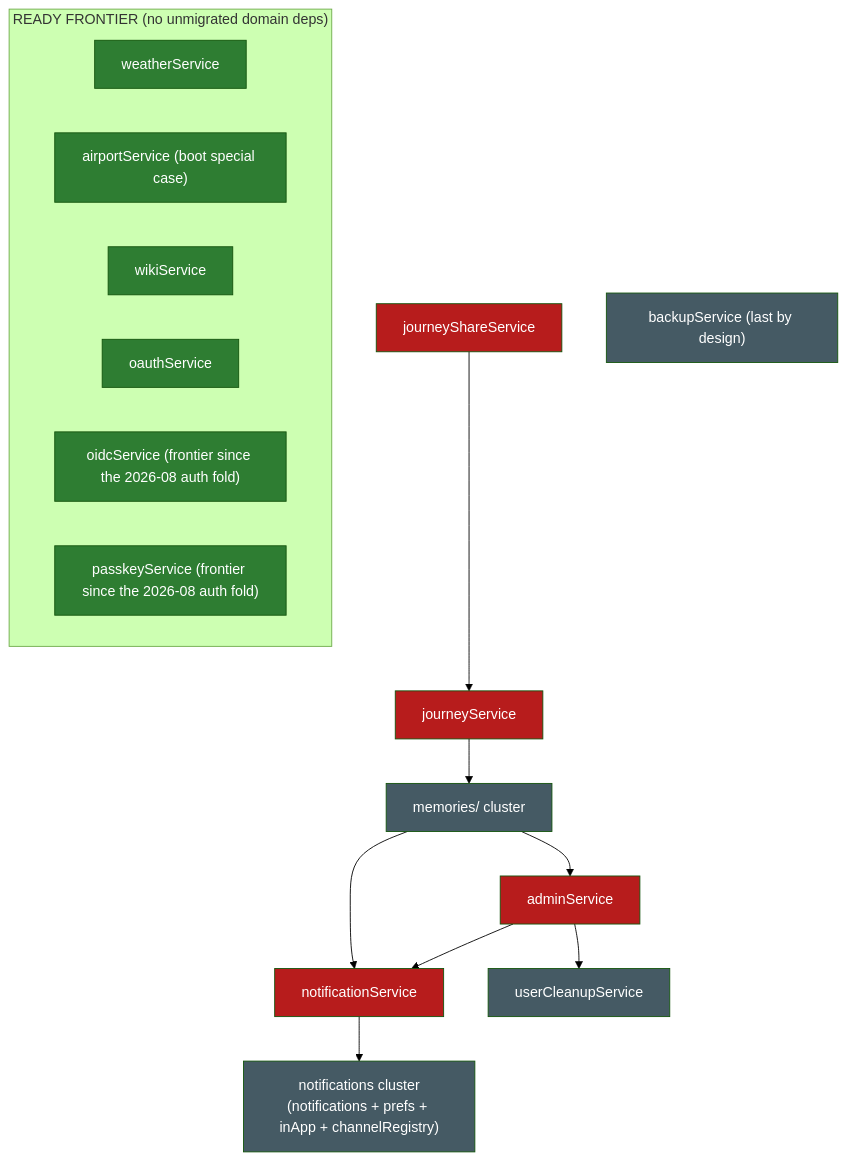
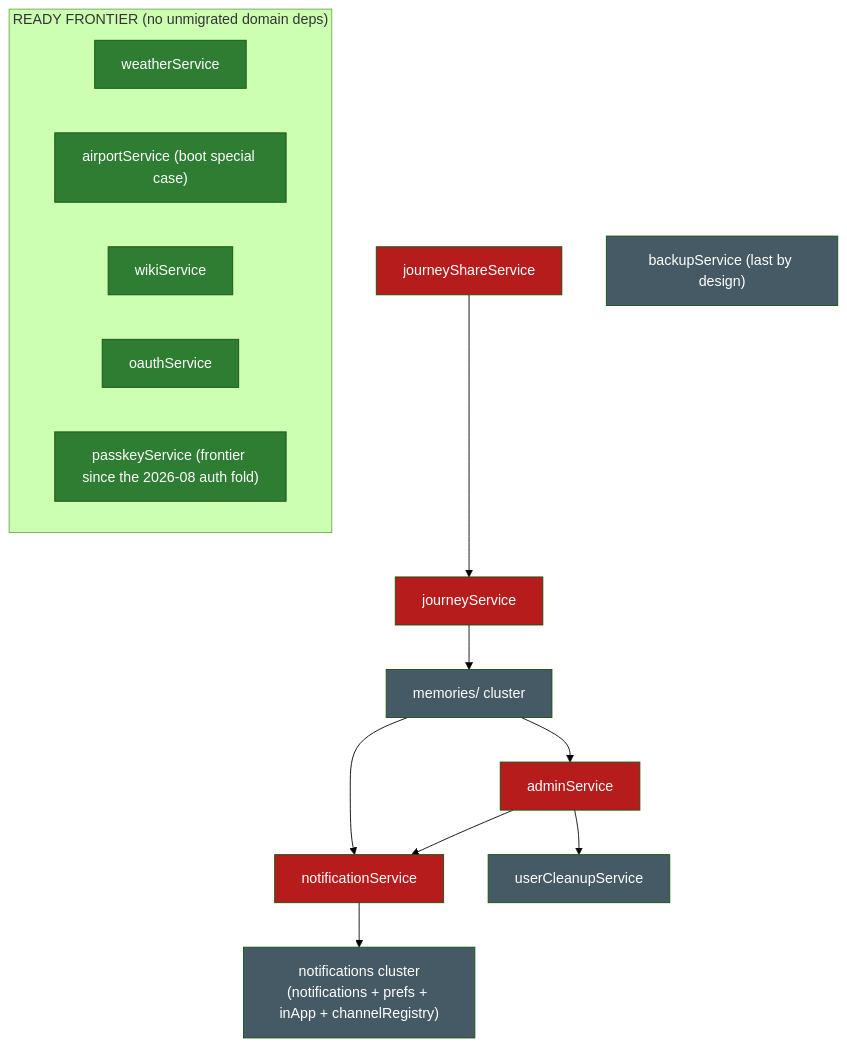
One commit to BeInLife/TREK changed the diagram in migration-graph.md. Above: the diagram before and after it, drawn with Mermaid (forest theme). The commit also changed other lines of this file, not shown here.

Commit message:
docs: regenerate migration-graph after the oidc fold

````diff
--- a/migration-graph.md
+++ b/migration-graph.md
@@ -291,31 +333,30 @@
 ```mermaid
 flowchart TD
   classDef ready fill:#2e7d32,color:#fff
   classDef blocked fill:#b71c1c,color:#fff
   classDef hub fill:#e65100,color:#fff
   classDef infra fill:#455a64,color:#fff
 
   subgraph frontier["READY FRONTIER (no unmigrated domain deps)"]
     weather[weatherService]:::ready
     airport["airportService (boot special case)"]:::ready
     wiki[wikiService]:::ready
     oauth[oauthService]:::ready
-    oidc["oidcService (frontier since the 2026-08 auth fold)"]:::ready
     passkey["passkeyService (frontier since the 2026-08 auth fold)"]:::ready
   end
 
   notifSvc[notificationService]:::blocked
   admin[adminService]:::blocked
   journey[journeyService]:::blocked
   journeyShare[journeyShareService]:::blocked
   backup["backupService (last by design)"]:::infra
   notifCluster["notifications cluster<br/>(notifications + prefs + inApp + channelRegistry)"]:::infra
   memories["memories/ cluster"]:::infra
   cleanup[userCleanupService]:::infra
 
   notifSvc --> notifCluster
   admin --> notifSvc & cleanup
   journey --> memories
   journeyShare --> journey
   memories --> notifSvc & admin
 ```
````
